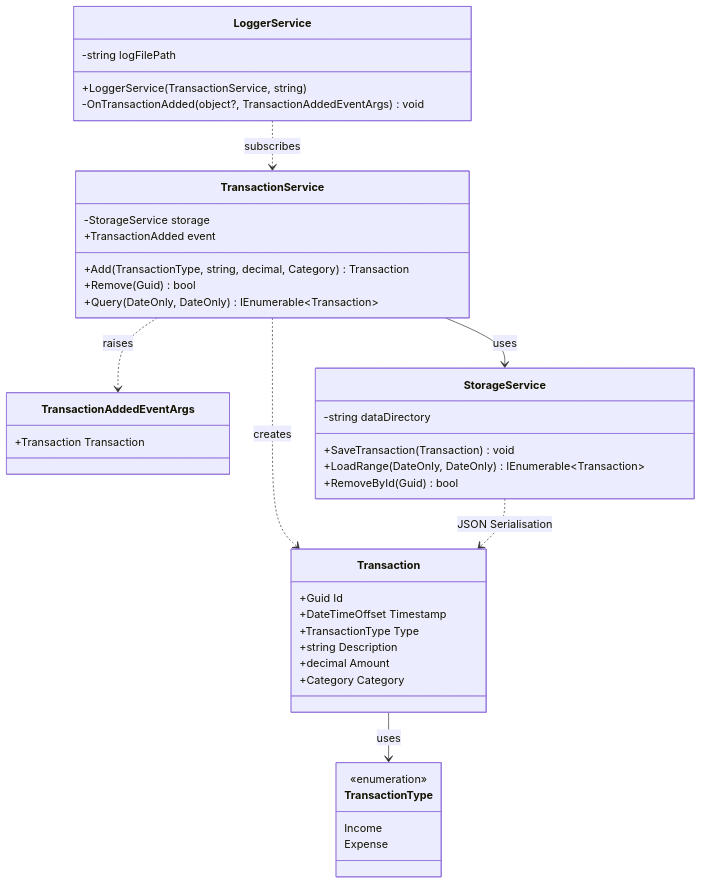
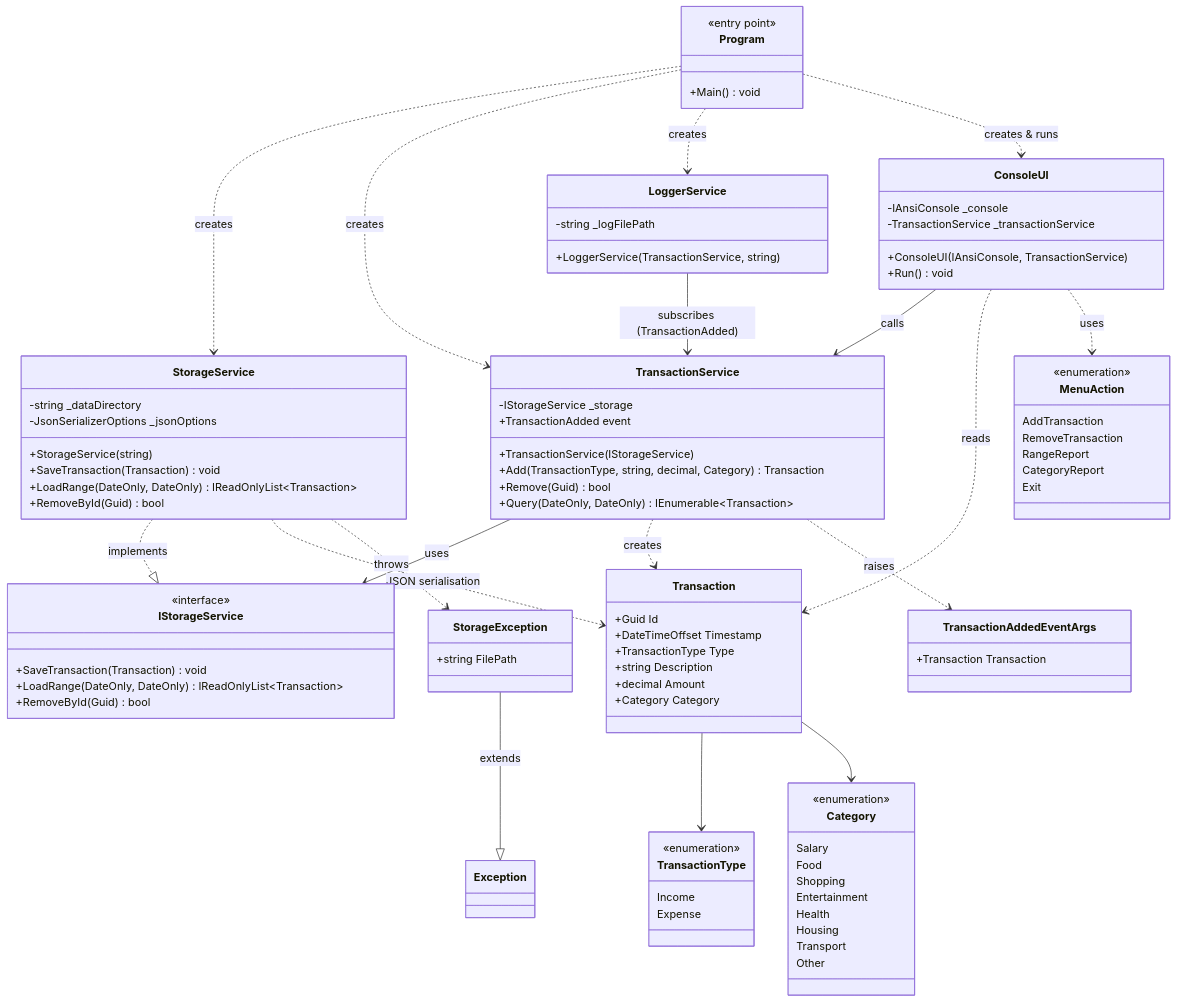
Before and after one commit to chr-d/BudgetTracker: the diagram in docs/class-diagram.mmd, drawn with Mermaid.

Commit message:
update class diagram with more detail

```diff
--- a/docs/class-diagram.mmd
+++ b/docs/class-diagram.mmd
@@ -1,48 +1,107 @@
 classDiagram
 
     class TransactionType {
         <<enumeration>>
         Income
         Expense
+    }
+
+    class Category {
+        <<enumeration>>
+        Salary
+        Food
+        Shopping
+        Entertainment
+        Health
+        Housing
+        Transport
+        Other
     }
 
     class Transaction {
         +Guid Id
         +DateTimeOffset Timestamp
         +TransactionType Type
         +string Description
         +decimal Amount
         +Category Category
     }
 
     class TransactionAddedEventArgs {
         +Transaction Transaction
     }
 
+    class IStorageService {
+        <<interface>>
+        +SaveTransaction(Transaction) void
+        +LoadRange(DateOnly, DateOnly) IReadOnlyList~Transaction~
+        +RemoveById(Guid) bool
+    }
+
+    class StorageException {
+        +string FilePath
+    }
+
     class StorageService {
-        -string dataDirectory
+        -string _dataDirectory
+        -JsonSerializerOptions _jsonOptions
+        +StorageService(string)
         +SaveTransaction(Transaction) void
-        +LoadRange(DateOnly, DateOnly) IEnumerable~Transaction~
+        +LoadRange(DateOnly, DateOnly) IReadOnlyList~Transaction~
         +RemoveById(Guid) bool
     }
 
     class TransactionService {
-        -StorageService storage
+        -IStorageService _storage
         +TransactionAdded event
+        +TransactionService(IStorageService)
         +Add(TransactionType, string, decimal, Category) Transaction
         +Remove(Guid) bool
         +Query(DateOnly, DateOnly) IEnumerable~Transaction~
     }
 
     class LoggerService {
-        -string logFilePath
+        -string _logFilePath
         +LoggerService(TransactionService, string)
-        -OnTransactionAdded(object?, TransactionAddedEventArgs) void
     }
 
-    TransactionService --> StorageService : uses
+    class MenuAction {
+        <<enumeration>>
+        AddTransaction
+        RemoveTransaction
+        RangeReport
+        CategoryReport
+        Exit
+    }
+
+    class ConsoleUI {
+        -IAnsiConsole _console
+        -TransactionService _transactionService
+        +ConsoleUI(IAnsiConsole, TransactionService)
+        +Run() void
+    }
+
+    class Program {
+        <<entry point>>
+        +Main() void
+    }
+
+    Program ..> StorageService : creates
+    Program ..> TransactionService : creates
+    Program ..> LoggerService : creates
+    Program ..> ConsoleUI : creates & runs
+
+    StorageService ..|> IStorageService : implements
+    StorageException --|> Exception : extends
+    TransactionService --> IStorageService : uses
     TransactionService ..> Transaction : creates
     TransactionService ..> TransactionAddedEventArgs : raises
-    LoggerService ..> TransactionService : subscribes
-    StorageService ..> Transaction : JSON Serialisation
-    Transaction --> TransactionType : uses
+    LoggerService --> TransactionService : subscribes (TransactionAdded)
+    StorageService ..> Transaction : JSON serialisation
+    StorageService ..> StorageException : throws
+    Transaction --> TransactionType
+    Transaction --> Category
+
+    ConsoleUI --> TransactionService : calls
+    ConsoleUI ..> Transaction : reads
+    ConsoleUI ..> MenuAction : uses
```
